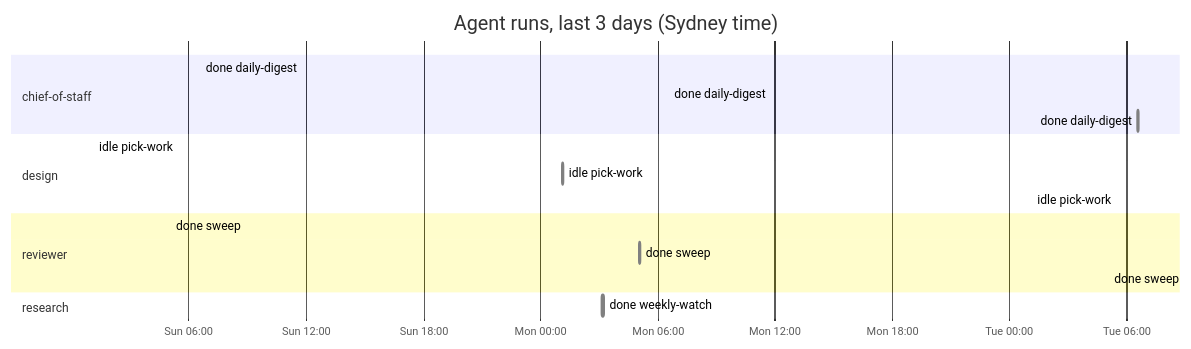
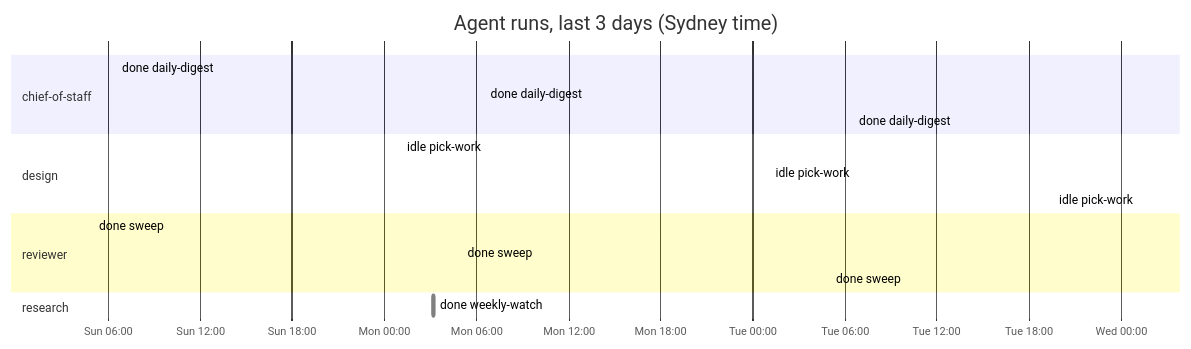
The diagram in dashboard.md (roulmediateam-byte/fifteen-expert-hq), drawn with Mermaid before and after one commit. The commit also changed other lines of this file and 1 other file, not shown here.

````diff
--- a/dashboard.md
+++ b/dashboard.md
@@ -52,20 +52,20 @@
 ```mermaid
 gantt
     title Agent runs, last 3 days (Sydney time)
     dateFormat YYYY-MM-DD HH:mm
     axisFormat %a %H:%M
     section chief-of-staff
     done daily-digest :done, 2026-11-22 06:34, 2026-11-22 06:36
     done daily-digest :done, 2026-11-23 06:35, 2026-11-23 06:36
     done daily-digest :done, 2026-11-24 06:35, 2026-11-24 06:37
     section design
-    idle pick-work :done, 2026-11-22 01:08, 2026-11-22 01:08
     idle pick-work :done, 2026-11-23 01:08, 2026-11-23 01:09
     idle pick-work :done, 2026-11-24 01:09, 2026-11-24 01:09
+    idle pick-work :done, 2026-11-25 01:09, 2026-11-25 01:09
     section reviewer
     done sweep :done, 2026-11-22 05:05, 2026-11-22 05:06
     done sweep :done, 2026-11-23 05:04, 2026-11-23 05:06
     done sweep :done, 2026-11-24 05:05, 2026-11-24 05:06
     section research
     done weekly-watch :done, 2026-11-23 03:10, 2026-11-23 03:17
 ```
````
